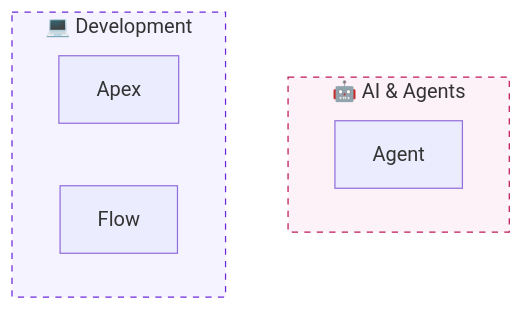
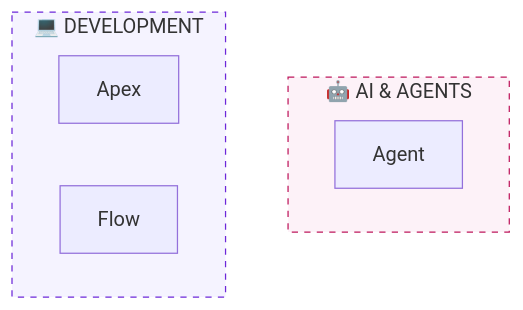
One commit to JuddLehmkuhl/sf-skills changed the third of 4 diagrams in sf-diagram/docs/color-palette.md. Above: the diagram before and after it, drawn with Mermaid. The commit also changed other lines of this file and 3 other files, not shown here.

````diff
--- a/sf-diagram/docs/color-palette.md
+++ b/sf-diagram/docs/color-palette.md
@@ -131,15 +131,15 @@
 ```mermaid
 flowchart TB
-    subgraph ai["🤖 AI & Agents"]
+    subgraph ai["🤖 AI & AGENTS"]
         A[Agent]
     end
 
-    subgraph dev["💻 Development"]
+    subgraph dev["💻 DEVELOPMENT"]
         B[Apex]
         C[Flow]
     end
 
     %% 50-level fill + dark dashed border
     style ai fill:#fdf2f8,stroke:#be185d,stroke-dasharray:5
     style dev fill:#f5f3ff,stroke:#6d28d9,stroke-dasharray:5
 ```
````
